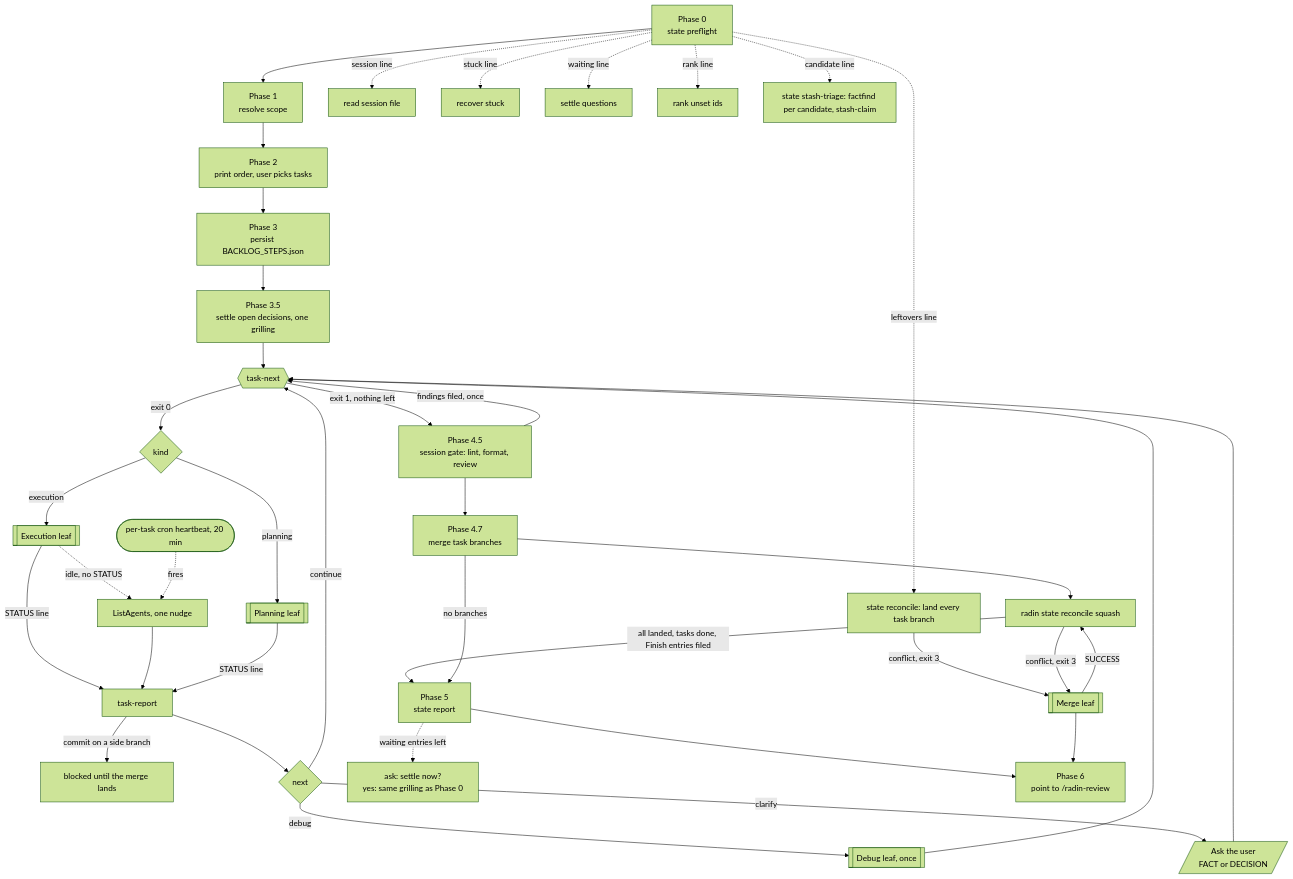
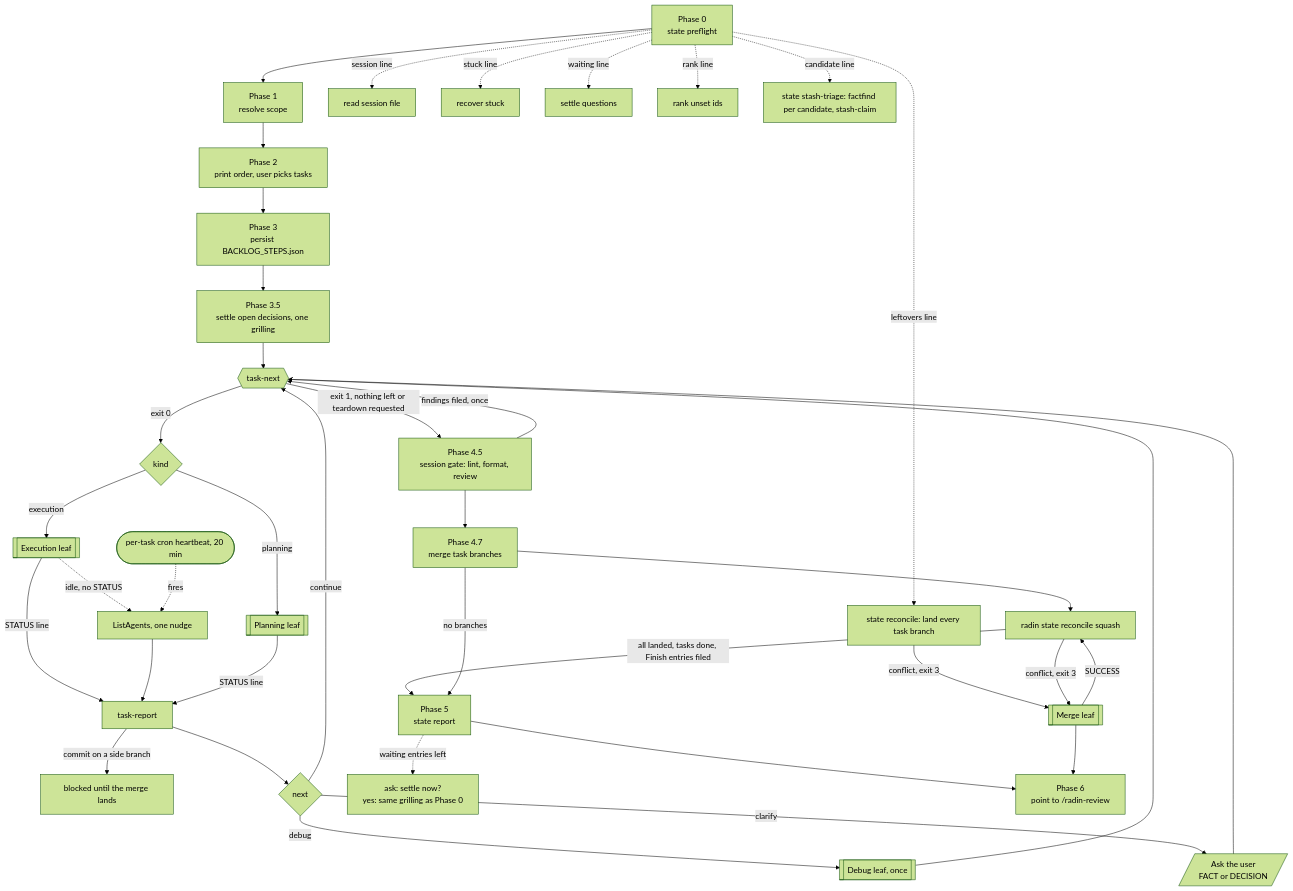
One commit to shortcuts/radin changed the diagram in docs/lifecycle/router-loop.mmd. Above: the diagram before and after it, drawn with Mermaid (forest theme). The commit also changed 10 other files, not shown here.

```diff
--- a/docs/lifecycle/router-loop.mmd
+++ b/docs/lifecycle/router-loop.mmd
@@ -1,39 +1,39 @@
 flowchart TD
   p0[Phase 0<br/>state preflight] --> p1[Phase 1<br/>resolve scope]
   p0 -. session line .-> note1[read session file]
   p0 -. stuck line .-> note2[recover stuck]
   p0 -. waiting line .-> note3[settle questions]
   p0 -. rank line .-> note4[rank unset ids]
   p0 -. leftovers line .-> note5[state reconcile: land every task branch]
   note5 -- conflict, exit 3 --> leafM
   p0 -. candidate line .-> note6[state stash-triage: factfind per candidate, stash-claim]
   p1 --> p2[Phase 2<br/>print order, user picks tasks]
   p2 --> p3[Phase 3<br/>persist BACKLOG_STEPS.json]
   p3 --> p35[Phase 3.5<br/>settle open decisions, one grilling]
   p35 --> next{{task-next}}
-  next -- exit 1, nothing left --> p45[Phase 4.5<br/>session gate: lint, format, review]
+  next -- exit 1, nothing left or teardown requested --> p45[Phase 4.5<br/>session gate: lint, format, review]
   p45 -- findings filed, once --> next
   next -- exit 0 --> kind{kind}
   kind -- planning --> leafP[[Planning leaf]]
   kind -- execution --> leafE[[Execution leaf]]
   leafE -- STATUS line --> report[task-report]
   leafE -. idle, no STATUS .-> nudge[ListAgents, one nudge]
   hb([per-task cron heartbeat, 20 min]) -. fires .-> nudge
   nudge --> report
   leafP -- STATUS line --> report
   report -- commit on a side branch --> blocked[blocked until the merge lands]
   report --> route{next}
   route -- continue --> next
   route -- debug --> debug[[Debug leaf, once]]
   debug --> next
   route -- clarify --> user[/Ask the user<br/>FACT or DECISION/]
   user --> next
   p45 --> p47[Phase 4.7<br/>merge task branches]
   p47 --> mergeCli[radin state reconcile squash]
   mergeCli -- all landed, tasks done, Finish entries filed --> p5[Phase 5<br/>state report]
   mergeCli -- conflict, exit 3 --> leafM[[Merge leaf]]
   p47 -- no branches --> p5
   leafM -- SUCCESS --> mergeCli
   p5 -. waiting entries left .-> ask5[ask: settle now?<br/>yes: same grilling as Phase 0]
   p5 --> p6
   leafM --> p6[Phase 6<br/>point to /radin-review]
```
